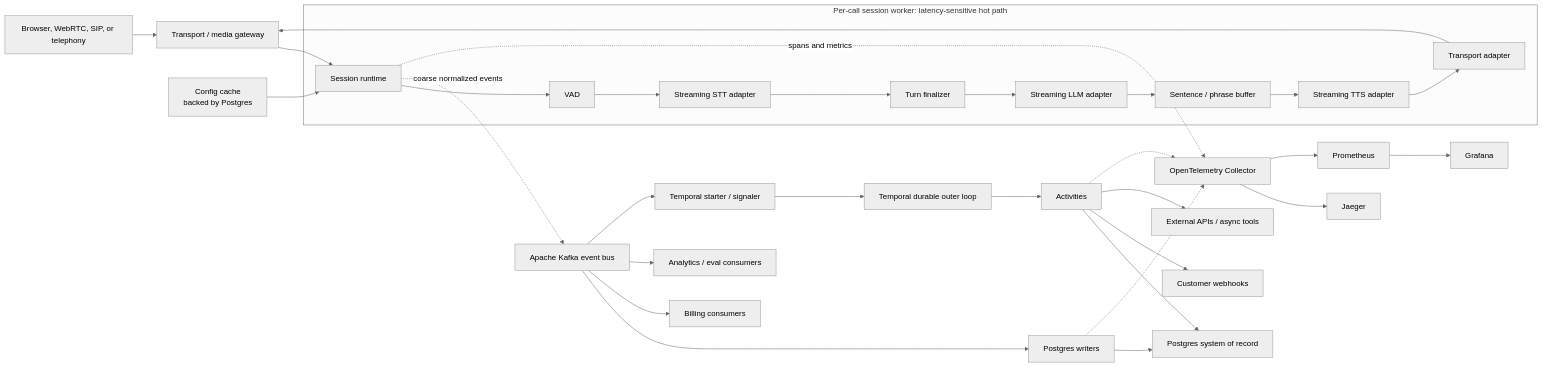
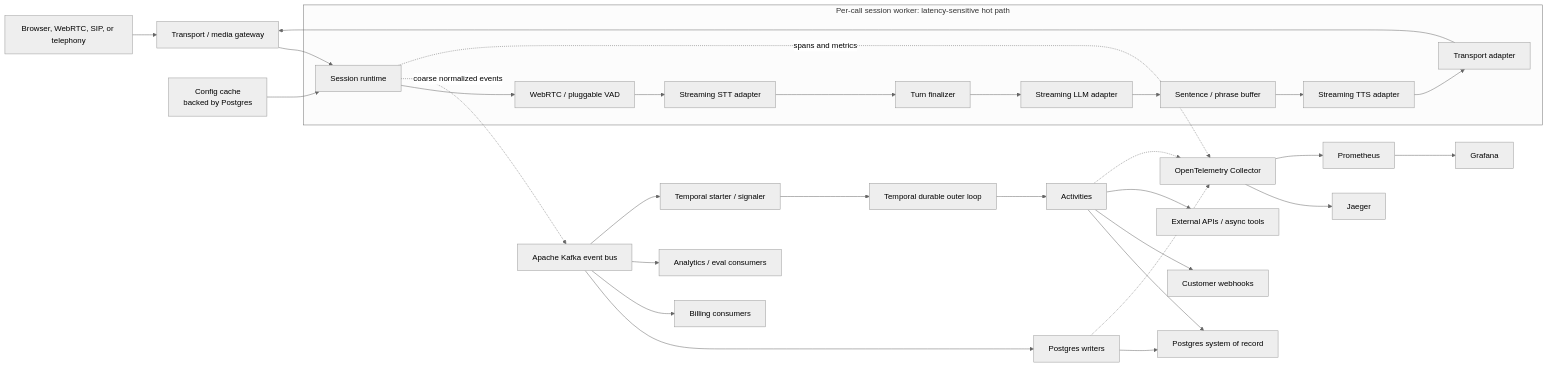
Before and after one commit to sivagirish81/VoiceMesh: the first of 4 diagrams in docs/architecture.md, drawn with Mermaid (neutral theme). The commit also changed other lines of this file and 22 other files, not shown here.

````diff
--- a/docs/architecture.md
+++ b/docs/architecture.md
@@ -14,41 +14,41 @@
 ```mermaid
 flowchart LR
     Client["Browser, WebRTC, SIP, or telephony"] --> Gateway["Transport / media gateway"]
 
     subgraph HotPath["Per-call session worker: latency-sensitive hot path"]
       Session["Session runtime"]
-      VAD["VAD"]
+      VAD["WebRTC / pluggable VAD"]
       STT["Streaming STT adapter"]
       Turn["Turn finalizer"]
       LLM["Streaming LLM adapter"]
       Buffer["Sentence / phrase buffer"]
       TTS["Streaming TTS adapter"]
       Output["Transport adapter"]
 
       Session --> VAD --> STT --> Turn --> LLM --> Buffer --> TTS --> Output
     end
 
     Gateway --> Session
     Output --> Gateway
     Session -. "coarse normalized events" .-> Kafka["Apache Kafka event bus"]
     Config["Config cache<br/>backed by Postgres"] --> Session
 
     Kafka --> Writers["Postgres writers"]
     Kafka --> Billing["Billing consumers"]
     Kafka --> Analytics["Analytics / eval consumers"]
     Kafka --> WorkflowBridge["Temporal starter / signaler"]
 
     Writers --> Postgres["Postgres system of record"]
     WorkflowBridge --> Temporal["Temporal durable outer loop"]
     Temporal --> Activities["Activities"]
     Activities --> Postgres
     Activities --> Webhooks["Customer webhooks"]
     Activities --> External["External APIs / async tools"]
 
     Session -. "spans and metrics" .-> OTel["OpenTelemetry Collector"]
     Writers -.-> OTel
     Activities -.-> OTel
     OTel --> Jaeger["Jaeger"]
     OTel --> Prometheus["Prometheus"]
     Prometheus --> Grafana["Grafana"]
 ```
````
